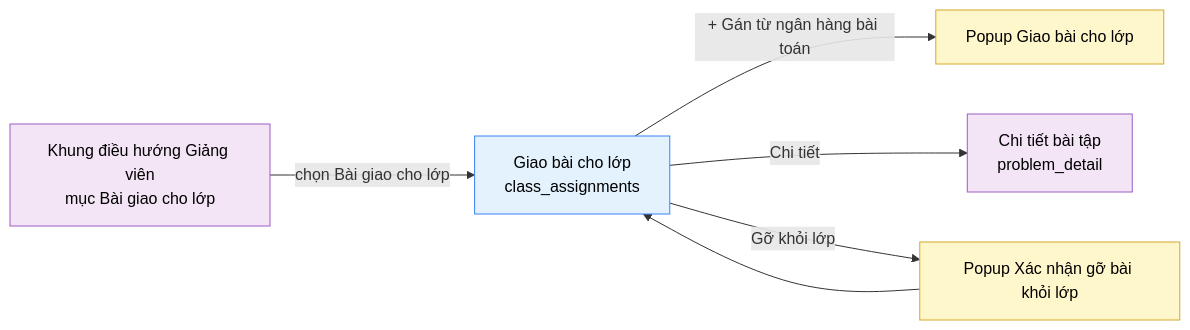
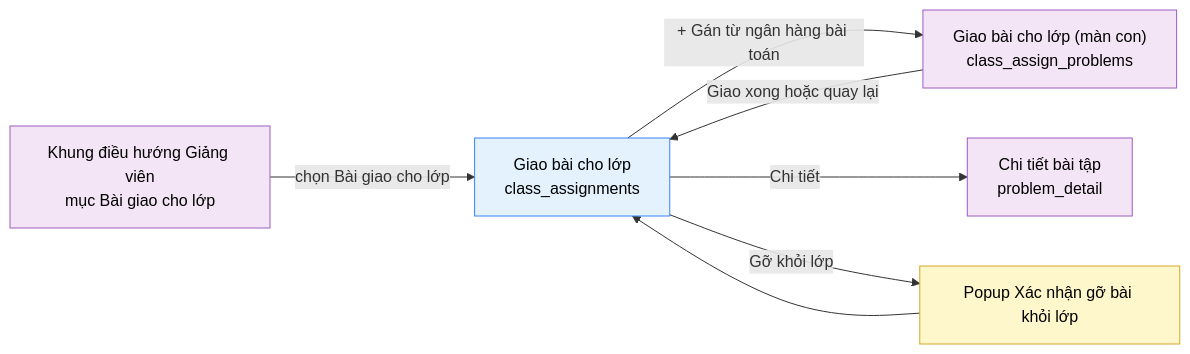
One commit to daiphu1801/PRJ_ALGOPREP changed the diagram in 02-bd/screens/teacher/INS0202_class_assignments.md. Above: the diagram before and after it, drawn with Mermaid. The commit also changed other lines of this file and 339 other files, not shown here.

````diff
--- a/02-bd/screens/teacher/INS0202_class_assignments.md
+++ b/02-bd/screens/teacher/INS0202_class_assignments.md
@@ -159,16 +178,17 @@
 ```mermaid
 flowchart LR
     nav["Khung điều hướng Giảng viên<br/>mục Bài giao cho lớp"] -->|"chọn Bài giao cho lớp"| main["Giao bài cho lớp<br/>class_assignments"]
-    main -->|"+ Gán từ ngân hàng bài toán"| bank["Popup Giao bài cho lớp"]
+    main -->|"+ Gán từ ngân hàng bài toán"| bank["Giao bài cho lớp (màn con)<br>class_assign_problems"]
+    bank -->|"Giao xong hoặc quay lại"| main
     main -->|"Chi tiết"| detail["Chi tiết bài tập<br/>problem_detail"]
     main -->|"Gỡ khỏi lớp"| rm["Popup Xác nhận gỡ bài khỏi lớp"]
     rm --> main
 
     classDef source fill:#F3E5F5,stroke:#9C5CC4,color:#000
     classDef screen fill:#E3F2FD,stroke:#3B82F6,color:#000
     classDef popup fill:#FFF7CC,stroke:#D4A72C,color:#000
 
-    class nav,detail source
+    class nav,detail,bank source
     class main screen
-    class rm,bank popup
+    class rm popup
 ```
````
